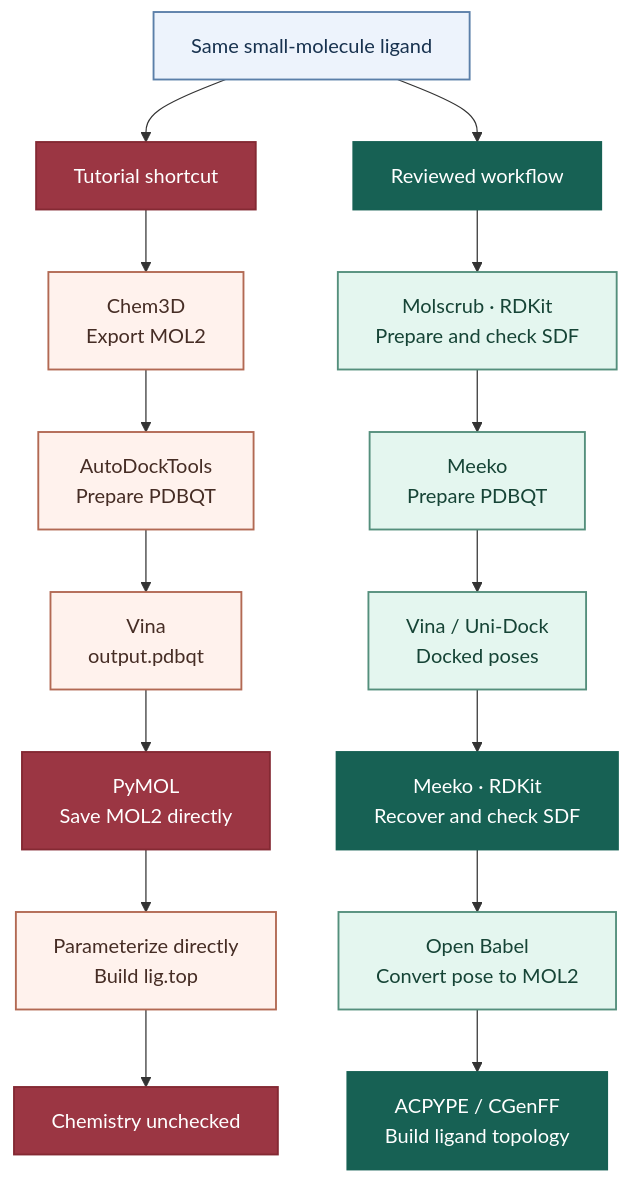
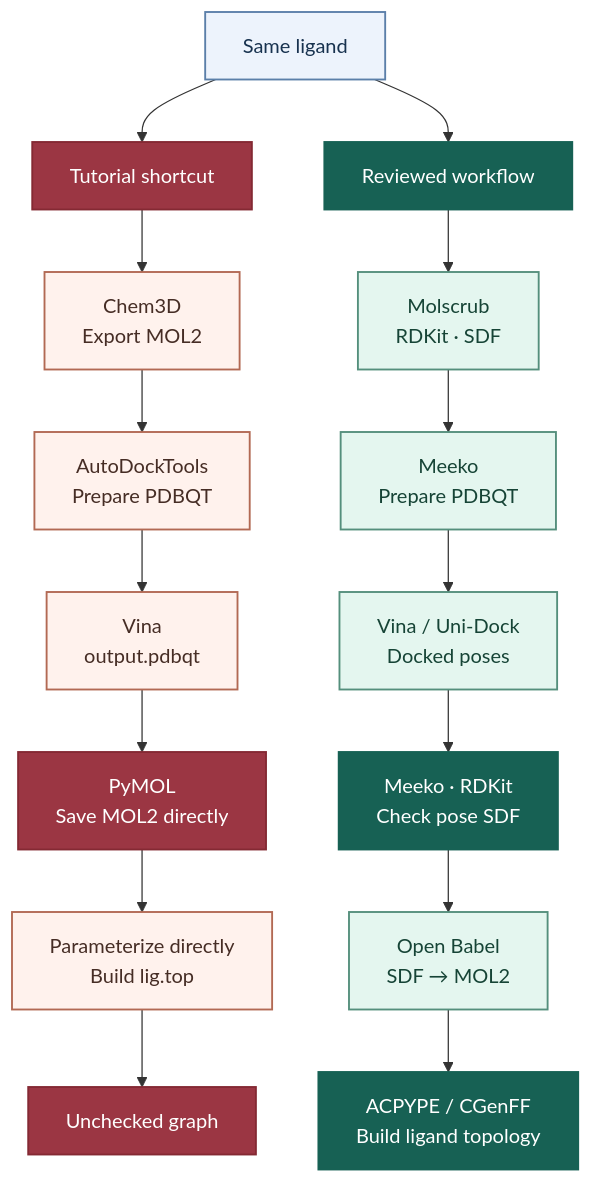
Before and after one commit to LuciferBioLab/docking-gromacs-tutorial: the sixth of 6 diagrams in README.md, drawn with Mermaid. The commit also changed other lines of this file, not shown here.

Commit message:
Restore both chemistry-preserving docking-to-MD routes

````diff
--- a/README.md
+++ b/README.md
@@ -273,43 +304,43 @@
 ```mermaid
 flowchart TD
-    start["Same small-molecule ligand"]
+    start["Same ligand"]
     wrong["Tutorial shortcut"]
     right["Reviewed workflow"]
     w1["`Chem3D
 Export MOL2`"]
-    r1["`Molscrub · RDKit
-Prepare and check SDF`"]
+    r1["`Molscrub
+RDKit · SDF`"]
     w2["`AutoDockTools
 Prepare PDBQT`"]
     r2["`Meeko
 Prepare PDBQT`"]
     w3["`Vina
 output.pdbqt`"]
     r3["`Vina / Uni‑Dock
 Docked poses`"]
     w4["`PyMOL
 Save MOL2 directly`"]
     r4["`Meeko · RDKit
-Recover and check SDF`"]
+Check pose SDF`"]
     w5["`Parameterize directly
 Build lig.top`"]
     r5["`Open Babel
-Convert pose to MOL2`"]
-    w6["Chemistry unchecked"]
+SDF → MOL2`"]
+    w6["Unchecked graph"]
     r6["`ACPYPE / CGenFF
 Build ligand topology`"]
     start --> wrong & right
     wrong --> w1 --> w2 --> w3 --> w4 --> w5 --> w6
     right --> r1 --> r2 --> r3 --> r4 --> r5 --> r6
 
     classDef source fill:#edf3fc,stroke:#5b7fa9,color:#18324f,stroke-width:1.5px
     classDef legacy fill:#fff2ed,stroke:#b26953,color:#462d25,stroke-width:1.5px
     classDef reviewed fill:#e4f6ef,stroke:#548f7c,color:#164436,stroke-width:1.5px
     classDef risk fill:#9b3643,stroke:#842933,color:#ffffff,stroke-width:1.5px
     classDef approved fill:#176154,stroke:#176154,color:#ffffff,stroke-width:1.5px
     class start source
     class w1,w2,w3,w5 legacy
     class r1,r2,r3,r5 reviewed
     class wrong,w4,w6 risk
     class right,r4,r6 approved
 ```
````
